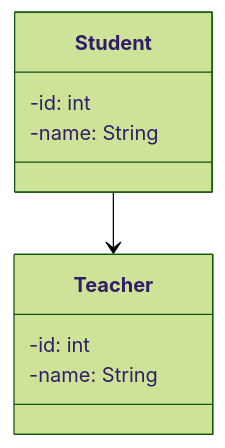
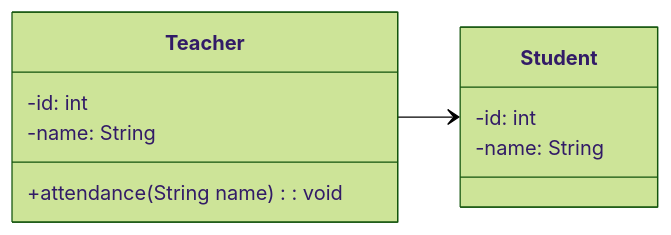
Before and after one commit to mr-alloc/alloc.io: the diagram in docs/software-design/class-diagram.md, drawn with Mermaid (forest theme). The commit also changed other lines of this file and 10 other files, not shown here.

Commit message:
chore: apply mermaid module for markdown it.

````diff
--- a/docs/software-design/class-diagram.md
+++ b/docs/software-design/class-diagram.md
@@ -35,12 +35,14 @@
 ```mermaid
 classDiagram
+    direction LR
     class Student {
         -id: int
         -name: String
     }
     class Teacher {
         -id: int
         -name: String
+        +attendance(String name): void
     }
-    Student --> Teacher
+    Teacher --> Student
 ```
````
